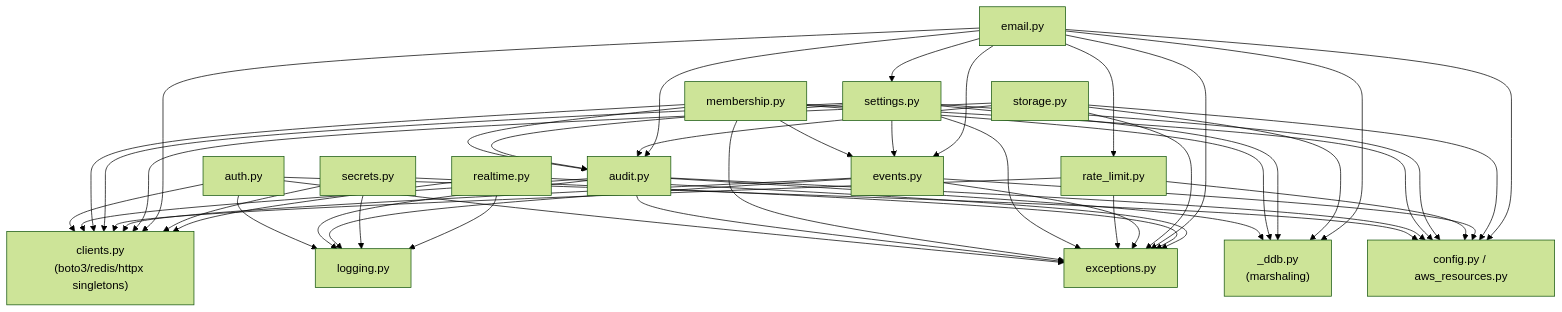
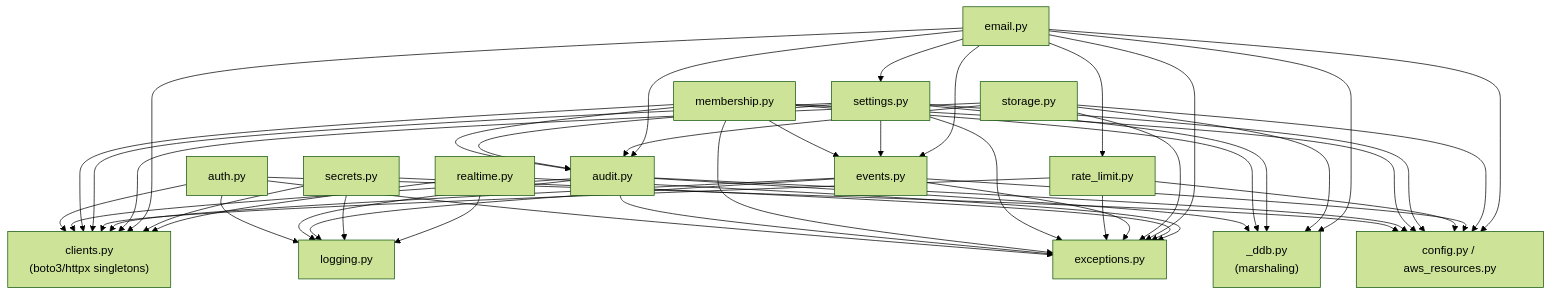
One commit to RafaelOjeda/A2Z-Core changed the diagram in docs/core/README.md. Above: the diagram before and after it, drawn with Mermaid (forest theme). The commit also changed other lines of this file and 32 other files, not shown here.

````diff
--- a/docs/core/README.md
+++ b/docs/core/README.md
@@ -29,30 +32,30 @@
 ```mermaid
 flowchart TB
-    Clients["clients.py\n(boto3/redis/httpx singletons)"]
+    Clients["clients.py\n(boto3/httpx singletons)"]
     Logging["logging.py"]
     Exceptions["exceptions.py"]
     Ddb["_ddb.py\n(marshaling)"]
     Config["config.py / aws_resources.py"]
 
     Auth["auth.py"]
     Audit["audit.py"]
     Membership["membership.py"]
     Settings["settings.py"]
     RateLimit["rate_limit.py"]
     Events["events.py"]
     Storage["storage.py"]
     Email["email.py"]
     Secrets["secrets.py"]
     Realtime["realtime.py"]
 
     Auth --> Clients & Logging & Exceptions & Config
     Audit --> Clients & Logging & Exceptions & Ddb & Config
     Membership --> Audit & Events & Clients & Ddb & Exceptions & Config
     Settings --> Audit & Events & Clients & Ddb & Exceptions & Config
     RateLimit --> Clients & Exceptions & Config
     Events --> Clients & Logging & Exceptions & Config
     Storage --> Audit & Clients & Ddb & Exceptions & Config
     Email --> Audit & Events & Settings & RateLimit & Clients & Ddb & Exceptions & Config
     Secrets --> Clients & Logging & Exceptions
     Realtime --> Clients & Logging & Exceptions
 ```
````
